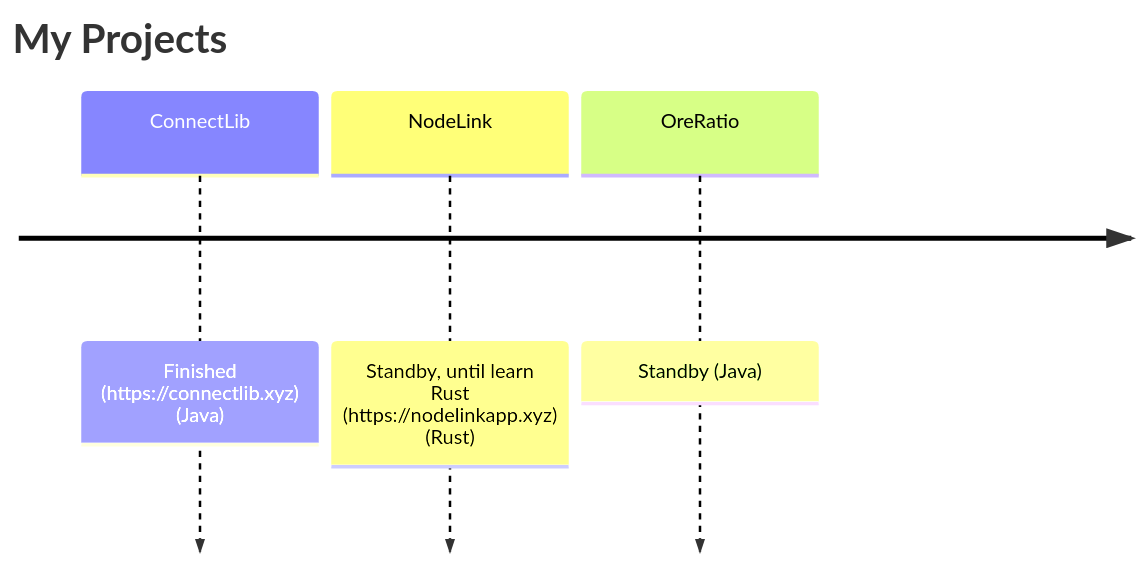
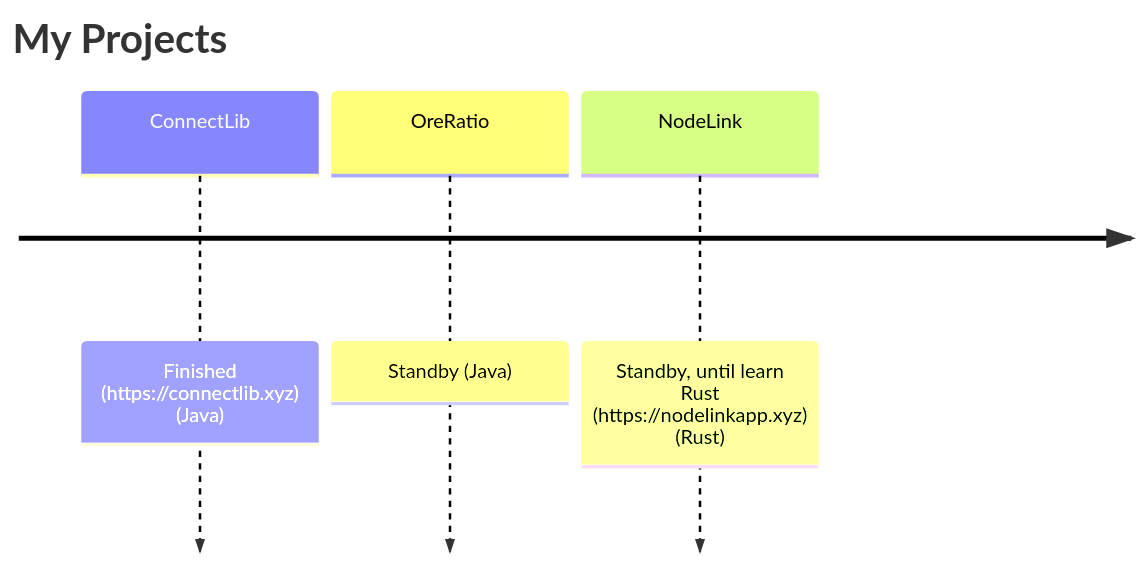
Before and after one commit to Sandro642/Sandro642: the second of 2 diagrams in README.md, drawn with Mermaid. The commit also changed other lines of this file, not shown here.

````diff
--- a/README.md
+++ b/README.md
@@ -15,7 +15,7 @@
 ```mermaid
 timeline
 title My Projects
 ConnectLib : Finished (https://connectlib.xyz) (Java)
+OreRatio : Standby (Java)
 NodeLink : Standby, until learn Rust (https://nodelinkapp.xyz) (Rust)
-OreRatio : Standby (Java)
 ```
````
